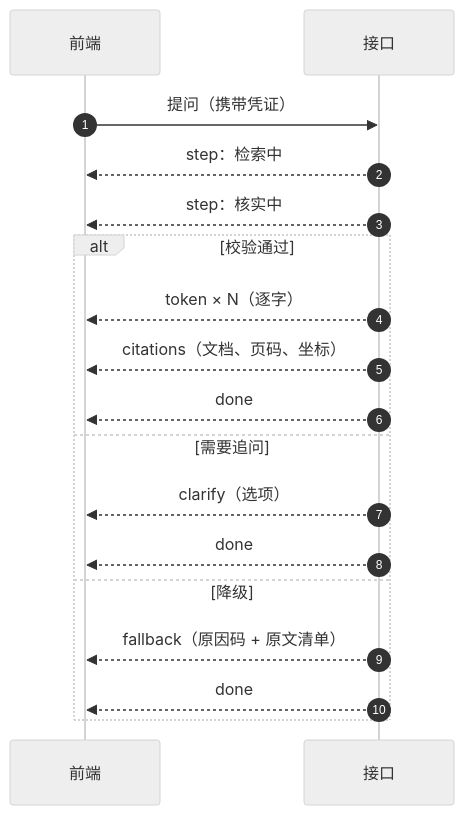
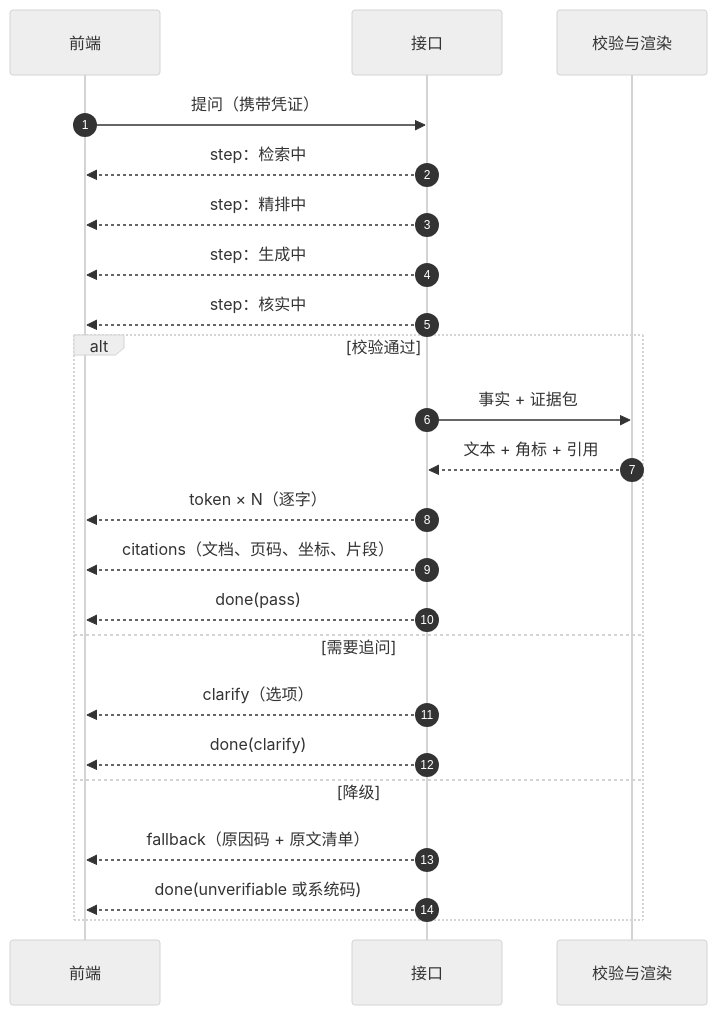
One commit to kvchen95/ai-rag changed diagram 14 of 16 in 详细设计.md. Above: the diagram before and after it, drawn with Mermaid (neutral theme). The commit also changed other lines of this file and 4 other files, not shown here.

First line of the commit message:
docs: 按当前实现重写架构图集、概要设计与详细设计

````diff
--- a/详细设计.md
+++ b/详细设计.md
@@ -794,20 +839,25 @@
 ```mermaid
 sequenceDiagram
     autonumber
     participant F as 前端
     participant A as 接口
+    participant V as 校验与渲染
     F->>A: 提问（携带凭证）
     A-->>F: step：检索中
+    A-->>F: step：精排中
+    A-->>F: step：生成中
     A-->>F: step：核实中
     alt 校验通过
+        A->>V: 事实 + 证据包
+        V-->>A: 文本 + 角标 + 引用
         A-->>F: token × N（逐字）
-        A-->>F: citations（文档、页码、坐标）
-        A-->>F: done
+        A-->>F: citations（文档、页码、坐标、片段）
+        A-->>F: done(pass)
     else 需要追问
         A-->>F: clarify（选项）
-        A-->>F: done
+        A-->>F: done(clarify)
     else 降级
         A-->>F: fallback（原因码 + 原文清单）
-        A-->>F: done
+        A-->>F: done(unverifiable 或系统码)
     end
 ```
````
